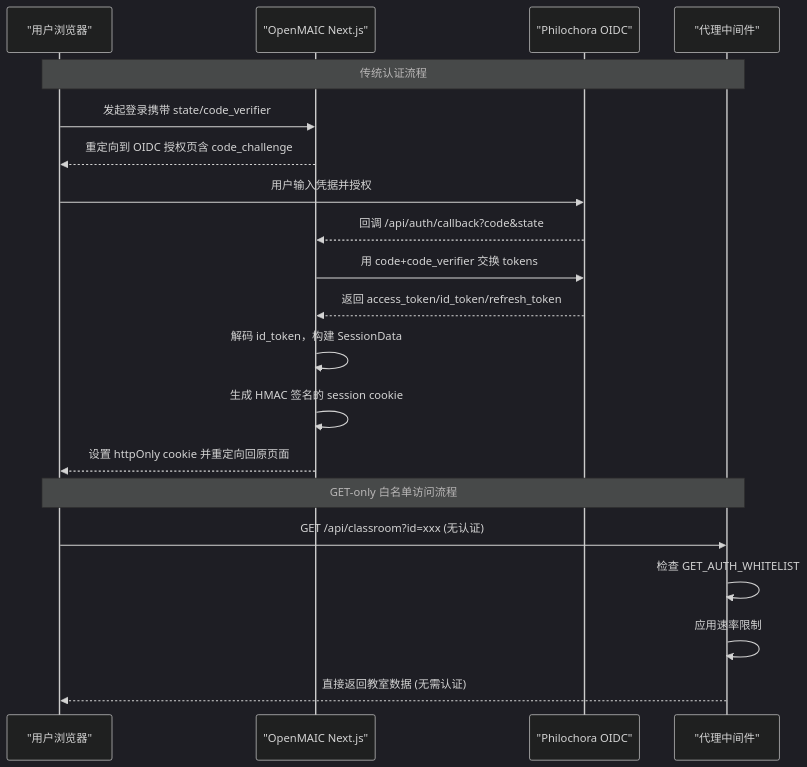
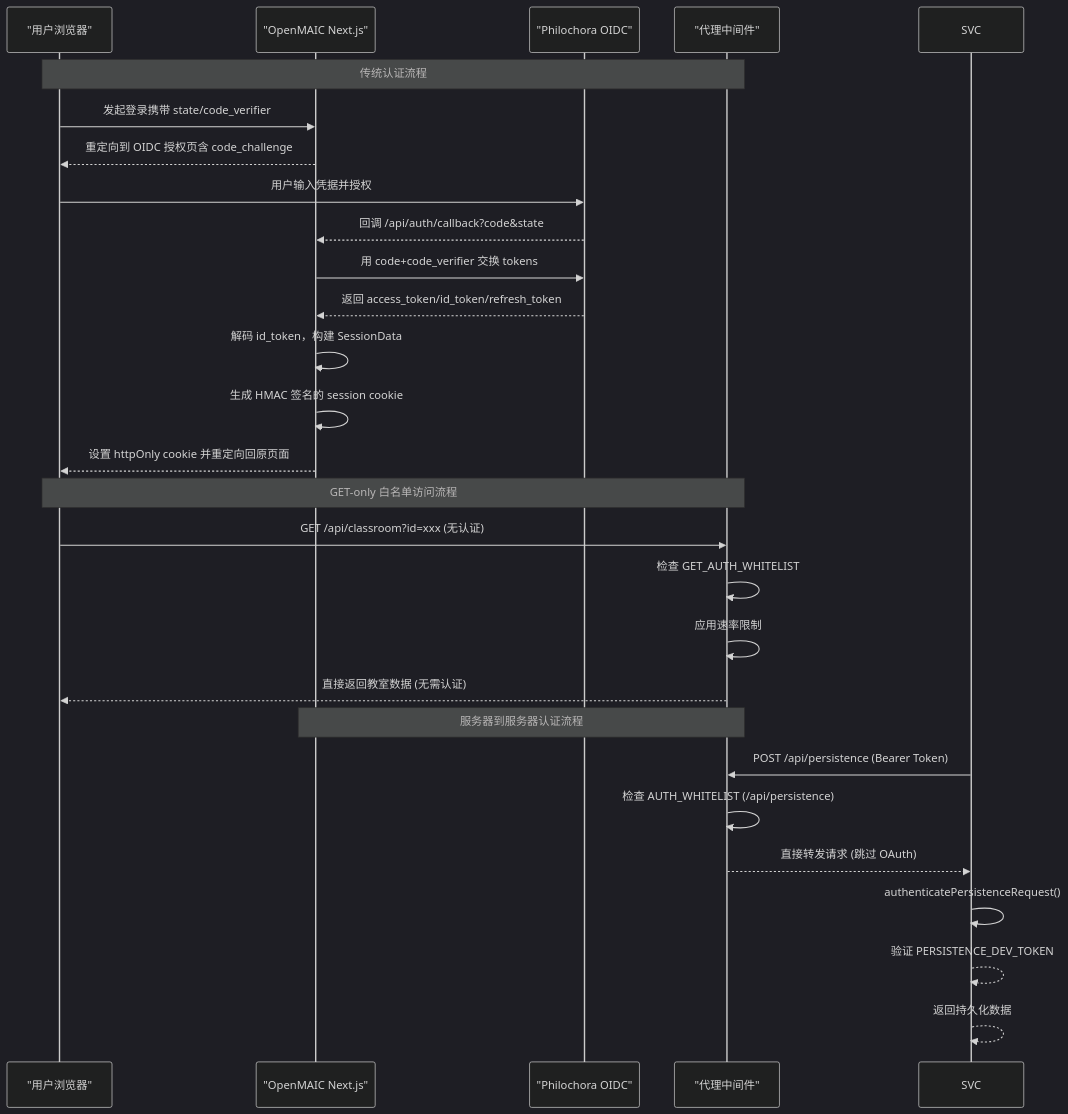
Before and after one commit to huangboheng/OpenMAIC: the first of 8 diagrams in .qoder/repowiki/zh/content/架构设计/后端架构设计/OAuth 2.0 认证系统.md, drawn with Mermaid (dark theme). The commit also changed other lines of this file and 2 other files, not shown here.

First line of the commit message:
docs(repowiki): update OAuth 2.0 architecture knowledge and metadata

````diff
--- a/.qoder/repowiki/zh/content/架构设计/后端架构设计/OAuth 2.0 认证系统.md
+++ b/.qoder/repowiki/zh/content/架构设计/后端架构设计/OAuth 2.0 认证系统.md
@@ -51,22 +53,29 @@
 ```mermaid
 sequenceDiagram
 participant U as "用户浏览器"
 participant APP as "OpenMAIC Next.js"
 participant OIDC as "Philochora OIDC"
 participant Proxy as "代理中间件"
 Note over U,Proxy : 传统认证流程
 U->>APP : 发起登录携带 state/code_verifier
 APP-->>U : 重定向到 OIDC 授权页含 code_challenge
 U->>OIDC : 用户输入凭据并授权
 OIDC-->>APP : 回调 /api/auth/callback?code&state
 APP->>OIDC : 用 code+code_verifier 交换 tokens
 OIDC-->>APP : 返回 access_token/id_token/refresh_token
 APP->>APP : 解码 id_token，构建 SessionData
 APP->>APP : 生成 HMAC 签名的 session cookie
 APP-->>U : 设置 httpOnly cookie 并重定向回原页面
 Note over U,Proxy : GET-only 白名单访问流程
 U->>Proxy : GET /api/classroom?id=xxx (无认证)
 Proxy->>Proxy : 检查 GET_AUTH_WHITELIST
 Proxy->>Proxy : 应用速率限制
 Proxy-->>U : 直接返回教室数据 (无需认证)
+Note over Proxy,APP : 服务器到服务器认证流程
+SVC->>Proxy : POST /api/persistence (Bearer Token)
+Proxy->>Proxy : 检查 AUTH_WHITELIST (/api/persistence)
+Proxy-->>SVC : 直接转发请求 (跳过 OAuth)
+SVC->>SVC : authenticatePersistenceRequest()
+SVC-->>SVC : 验证 PERSISTENCE_DEV_TOKEN
+SVC-->>SVC : 返回持久化数据
 ```
````
